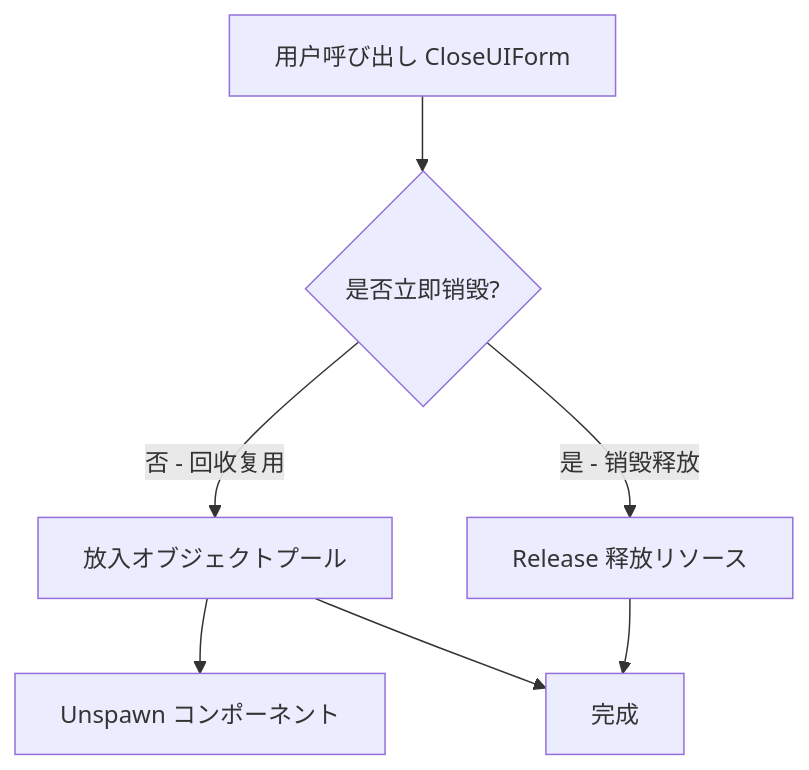
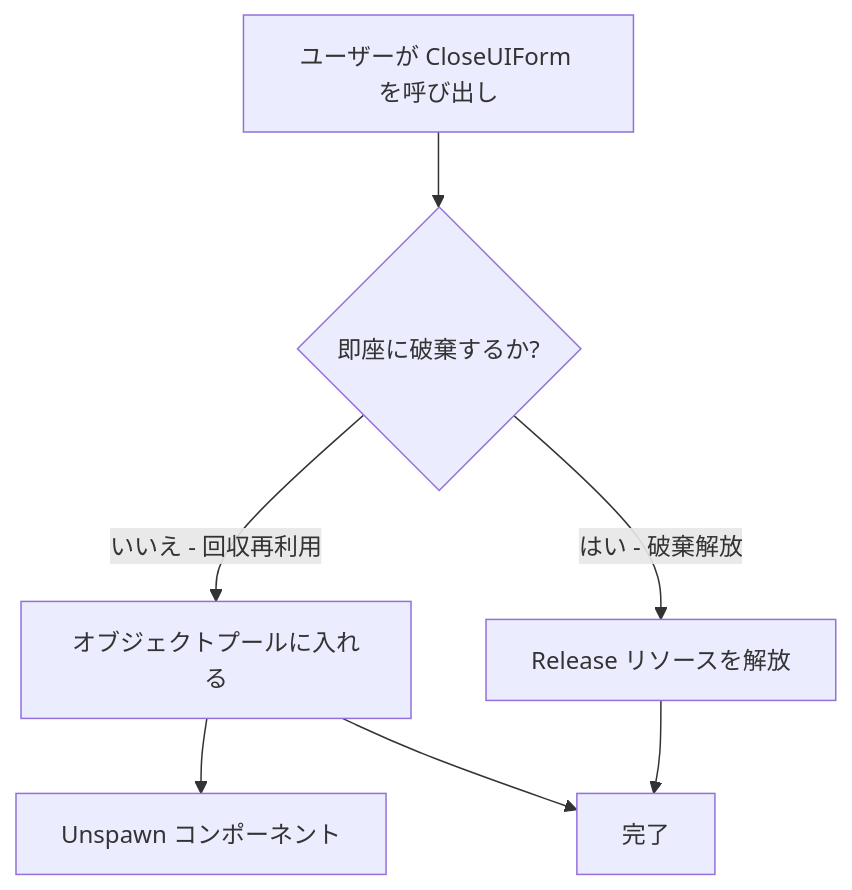
One commit to AlianBlank/GameFrameX.Docs changed the third of 4 diagrams in docs/ja/client/unity/component/ui-fairygui/07.open-close-ui.md. Above: the diagram before and after it, drawn with Mermaid. The commit also changed other lines of this file and 320 other files, not shown here.

````diff
--- a/docs/ja/client/unity/component/ui-fairygui/07.open-close-ui.md
+++ b/docs/ja/client/unity/component/ui-fairygui/07.open-close-ui.md
@@ -146,11 +146,11 @@
 ```mermaid
 flowchart TD
-    Start[用户呼び出し CloseUIForm] --> Check{是否立即销毁?}
-    
-    Check -->|否 - 回收复用| Pool[放入オブジェクトプール]
+    Start[ユーザーが CloseUIForm を呼び出し] --> Check{即座に破棄するか?}
+
+    Check -->|いいえ - 回収再利用| Pool[オブジェクトプールに入れる]
     Pool --> Unspawn[Unspawn コンポーネント]
-    Check -->|是 - 销毁释放| Release[Release 释放リソース]
-    
-    Pool --> End[完成]
+    Check -->|はい - 破棄解放| Release[Release リソースを解放]
+
+    Pool --> End[完了]
     Release --> End
 ```
````
